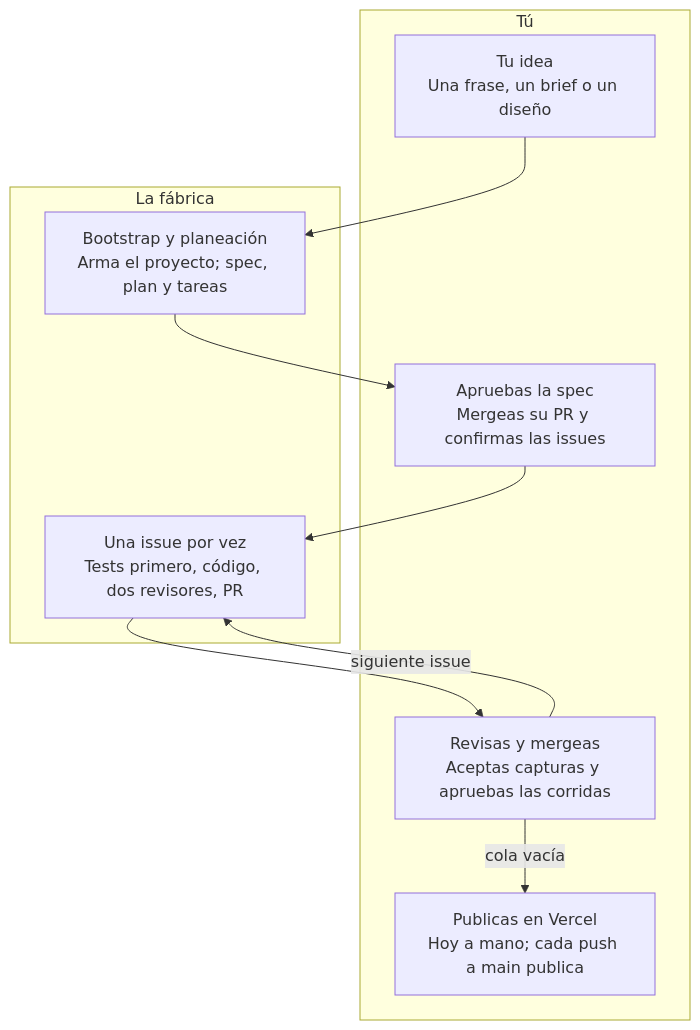
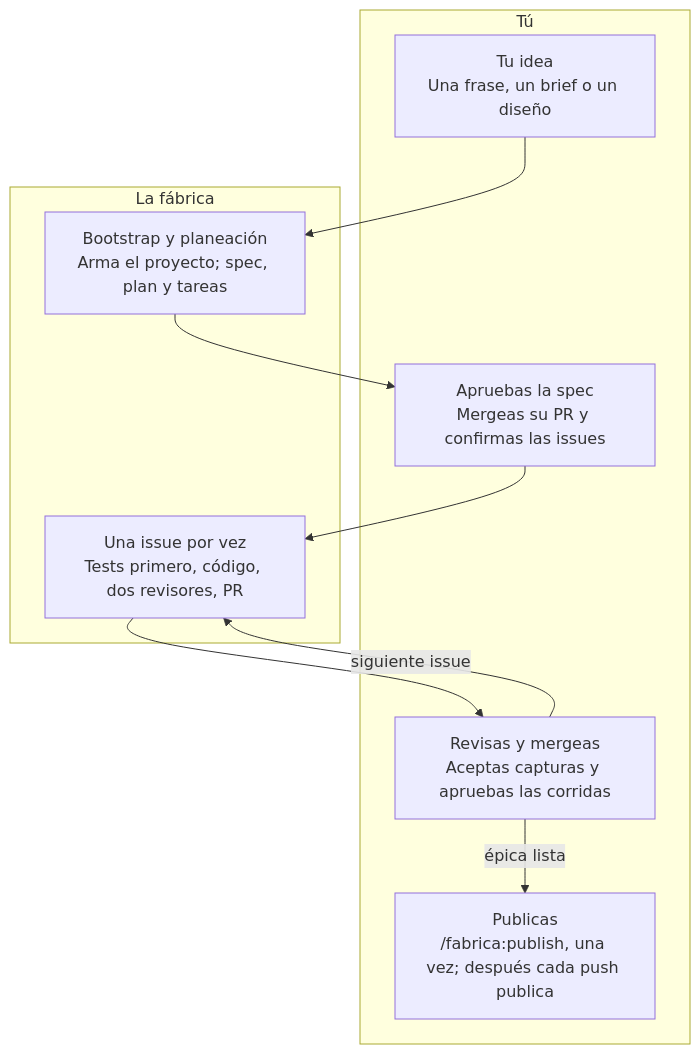
Before and after one commit to Ivans0198/fabrica-plugin: the diagram in plugins/fabrica/docs/MANUAL-DE-LA-FABRICA.md, drawn with Mermaid. The commit also changed other lines of this file and 6 other files, not shown here.

````diff
--- a/plugins/fabrica/docs/MANUAL-DE-LA-FABRICA.md
+++ b/plugins/fabrica/docs/MANUAL-DE-LA-FABRICA.md
@@ -14,16 +14,16 @@
 ```mermaid
 flowchart TD
   subgraph tu["Tú"]
     idea["Tu idea<br/>Una frase, un brief o un diseño"]
     aprobar["Apruebas la spec<br/>Mergeas su PR y confirmas las issues"]
     revisar["Revisas y mergeas<br/>Aceptas capturas y apruebas las corridas"]
-    publicar["Publicas en Vercel<br/>Hoy a mano; cada push a main publica"]
+    publicar["Publicas<br/>/fabrica:publish, una vez; después cada push publica"]
   end
   subgraph fabrica["La fábrica"]
     plan["Bootstrap y planeación<br/>Arma el proyecto; spec, plan y tareas"]
     issue["Una issue por vez<br/>Tests primero, código, dos revisores, PR"]
   end
   idea --> plan --> aprobar --> issue --> revisar
   revisar -- "siguiente issue" --> issue
-  revisar -- "cola vacía" --> publicar
+  revisar -- "épica lista" --> publicar
 ```
````
